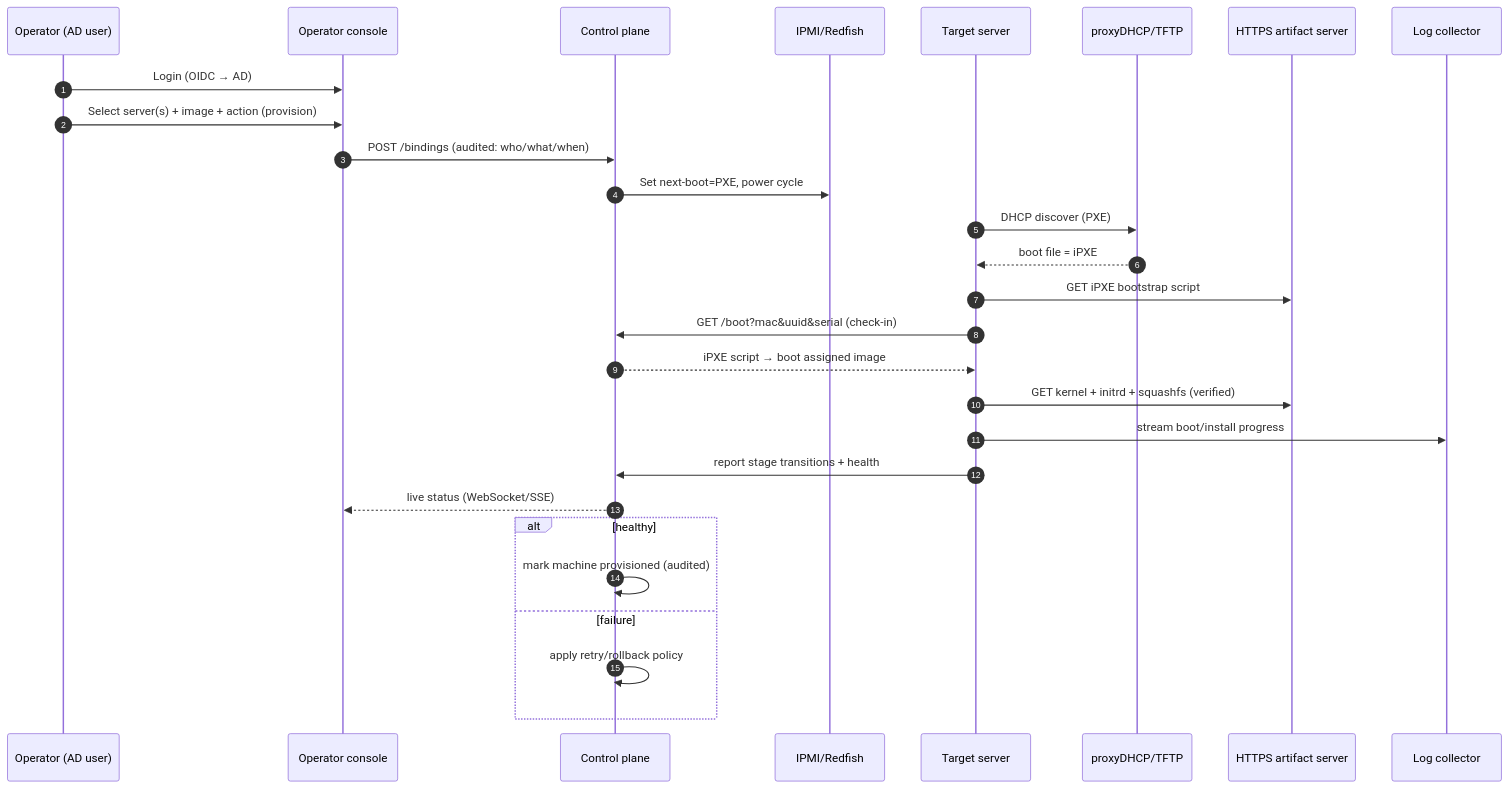
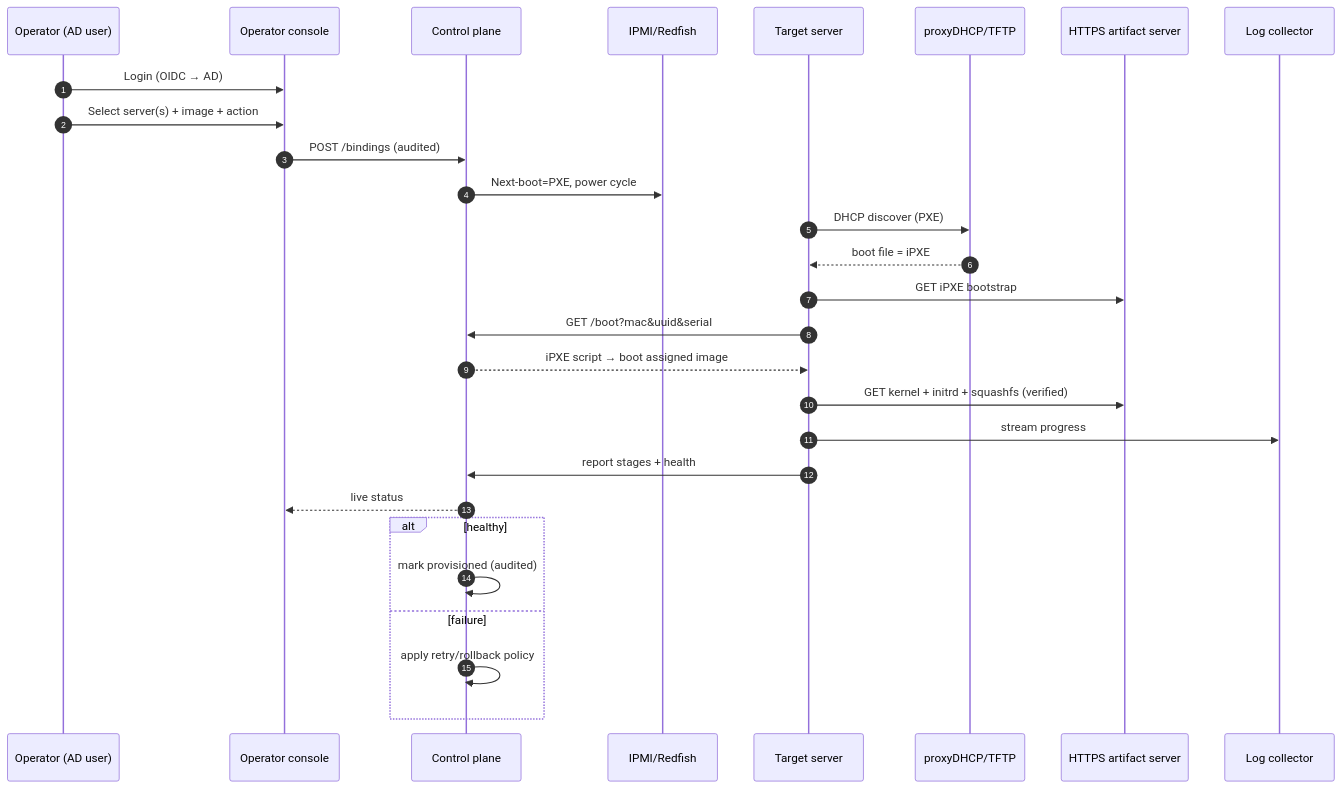
One commit to Manikanta-Reddy-Pasala/PXE-Boot-Design changed the third of 4 diagrams in docs/02-architecture.md. Above: the diagram before and after it, drawn with Mermaid. The commit also changed other lines of this file and 11 other files, not shown here.

````diff
--- a/docs/02-architecture.md
+++ b/docs/02-architecture.md
@@ -101,31 +93,31 @@
 ```mermaid
 sequenceDiagram
   autonumber
   participant Op as Operator (AD user)
   participant UI as Operator console
   participant API as Control plane
   participant IPMI as IPMI/Redfish
   participant SRV as Target server
   participant DHCP as proxyDHCP/TFTP
   participant HTTP as HTTPS artifact server
   participant LOG as Log collector
 
   Op->>UI: Login (OIDC → AD)
-  Op->>UI: Select server(s) + image + action (provision)
-  UI->>API: POST /bindings (audited: who/what/when)
-  API->>IPMI: Set next-boot=PXE, power cycle
+  Op->>UI: Select server(s) + image + action
+  UI->>API: POST /bindings (audited)
+  API->>IPMI: Next-boot=PXE, power cycle
   SRV->>DHCP: DHCP discover (PXE)
   DHCP-->>SRV: boot file = iPXE
-  SRV->>HTTP: GET iPXE bootstrap script
-  SRV->>API: GET /boot?mac&uuid&serial  (check-in)
+  SRV->>HTTP: GET iPXE bootstrap
+  SRV->>API: GET /boot?mac&uuid&serial
   API-->>SRV: iPXE script → boot assigned image
   SRV->>HTTP: GET kernel + initrd + squashfs (verified)
-  SRV->>LOG: stream boot/install progress
-  SRV->>API: report stage transitions + health
-  API-->>UI: live status (WebSocket/SSE)
+  SRV->>LOG: stream progress
+  SRV->>API: report stages + health
+  API-->>UI: live status
   alt healthy
-    API->>API: mark machine provisioned (audited)
+    API->>API: mark provisioned (audited)
   else failure
     API->>API: apply retry/rollback policy
   end
 ```
````
